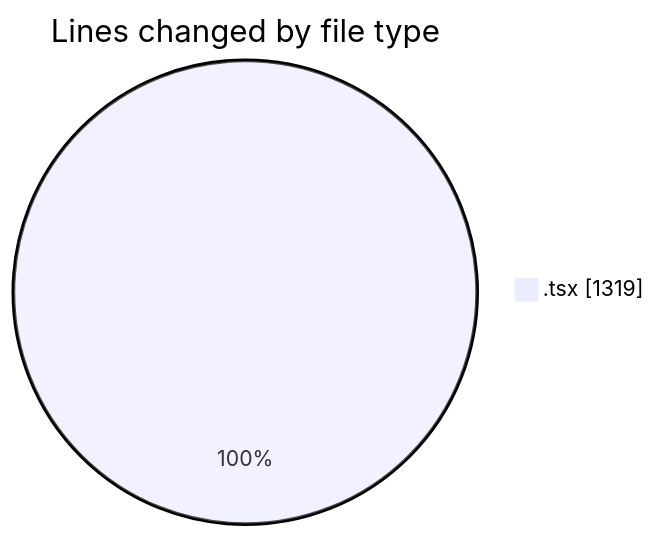
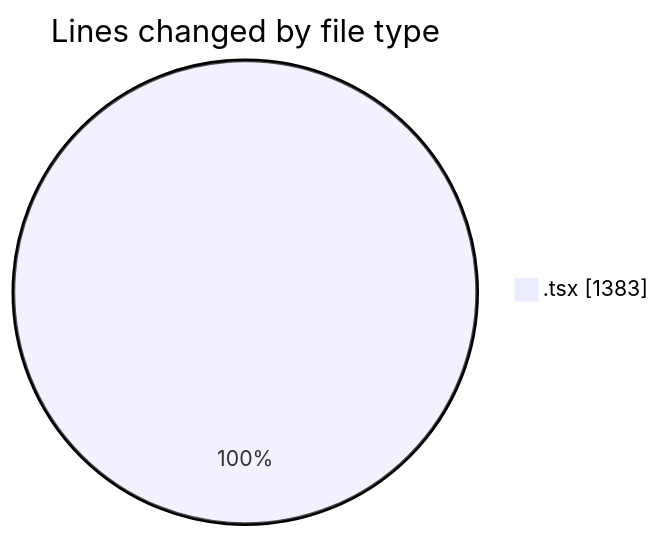
Before and after one commit to nxtqubesakshisongat/code-tracking: the first of 2 diagrams in 2026-02-04/nxtqube_webapp/README.md, drawn with Mermaid. The commit also changed other lines of this file and 1 other file, not shown here.

````diff
--- a/2026-02-04/nxtqube_webapp/README.md
+++ b/2026-02-04/nxtqube_webapp/README.md
@@ -20,5 +20,5 @@
 ```mermaid
 pie showData
 title Lines changed by file type
-".tsx" : 1319
+".tsx" : 1383
 ```
````
